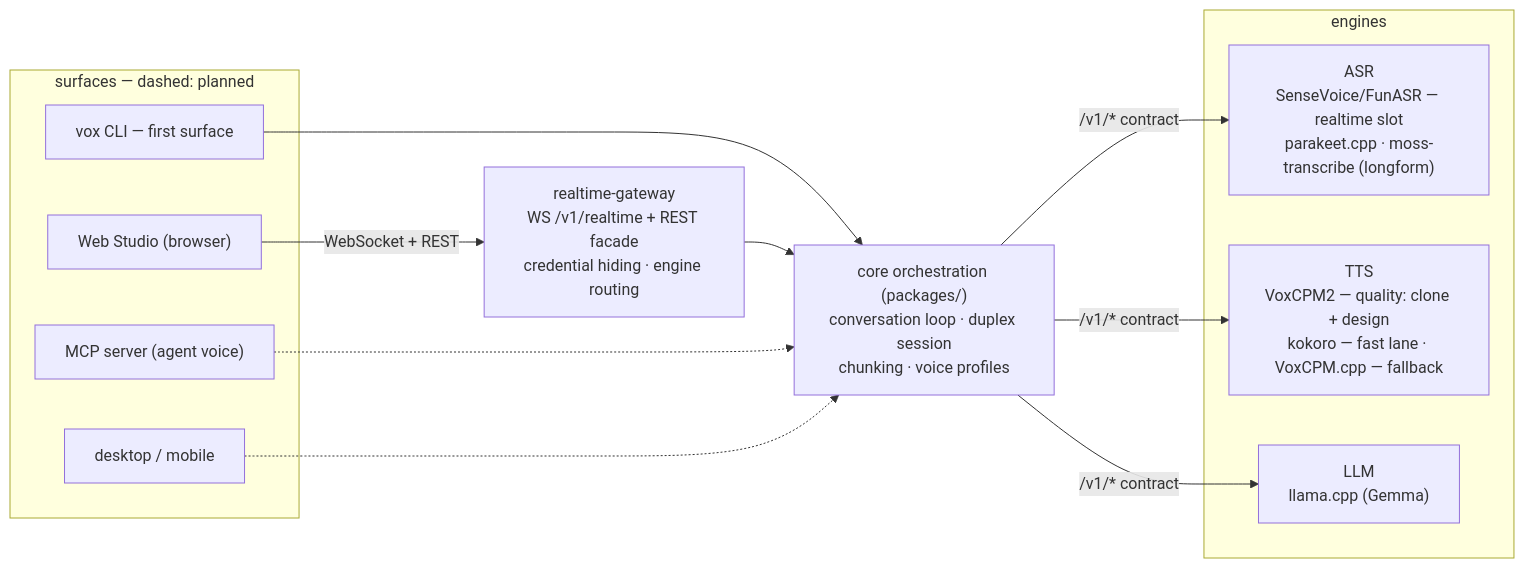
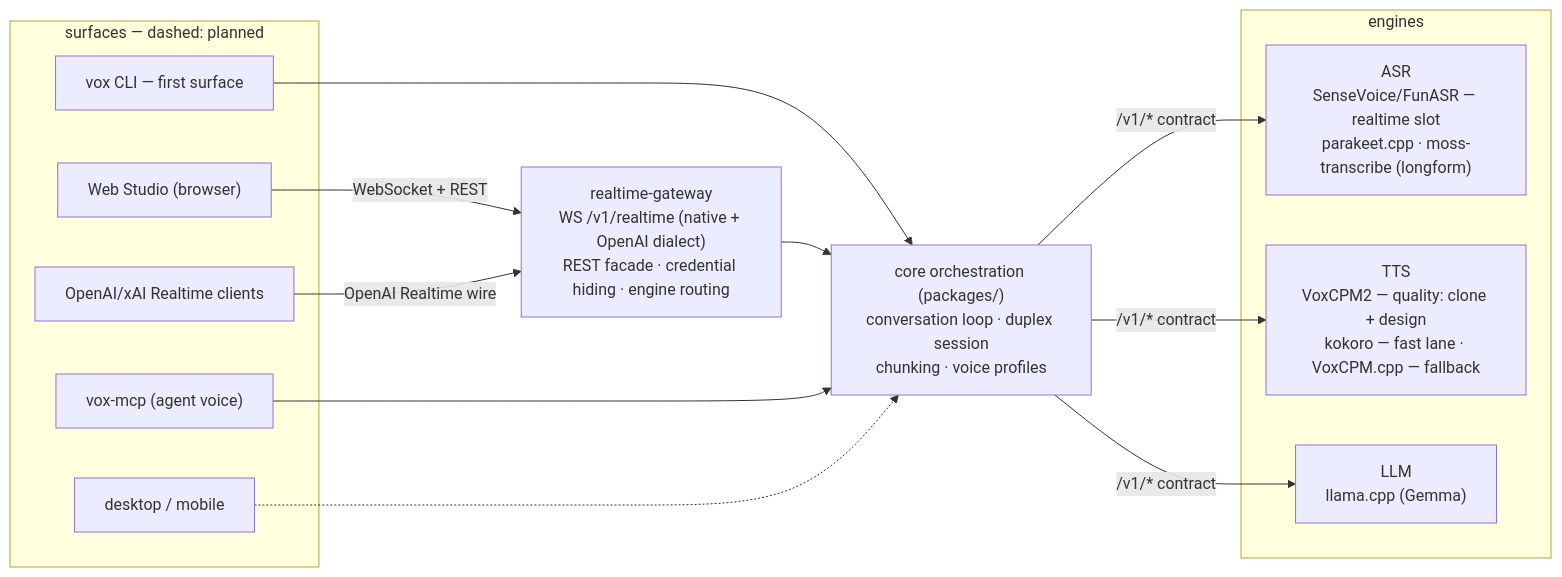
One commit to liuzl/voxstudio changed the diagram in README.md. Above: the diagram before and after it, drawn with Mermaid. The commit also changed other lines of this file, not shown here.

````diff
--- a/README.md
+++ b/README.md
@@ -9,21 +9,23 @@
 ```mermaid
 flowchart LR
   subgraph surfaces["surfaces — dashed: planned"]
     CLI["vox CLI — first surface"]
     WEB["Web Studio (browser)"]
-    MCP["MCP server (agent voice)"]
+    MCP["vox-mcp (agent voice)"]
+    OAI["OpenAI/xAI Realtime clients"]
     APP["desktop / mobile"]
   end
-  GW["realtime-gateway<br/>WS /v1/realtime + REST facade<br/>credential hiding · engine routing"]
+  GW["realtime-gateway<br/>WS /v1/realtime (native + OpenAI dialect)<br/>REST facade · credential hiding · engine routing"]
   CORE["core orchestration (packages/)<br/>conversation loop · duplex session<br/>chunking · voice profiles"]
   subgraph engines["engines"]
     ASR["ASR<br/>SenseVoice/FunASR — realtime slot<br/>parakeet.cpp · moss-transcribe (longform)"]
     TTS["TTS<br/>VoxCPM2 — quality: clone + design<br/>kokoro — fast lane · VoxCPM.cpp — fallback"]
     LLM["LLM<br/>llama.cpp (Gemma)"]
   end
   CLI --> CORE
   WEB -->|"WebSocket + REST"| GW --> CORE
-  MCP -.-> CORE
+  OAI -->|"OpenAI Realtime wire"| GW
+  MCP --> CORE
   APP -.-> CORE
   CORE -->|"/v1/* contract"| ASR & TTS & LLM
 ```
````
